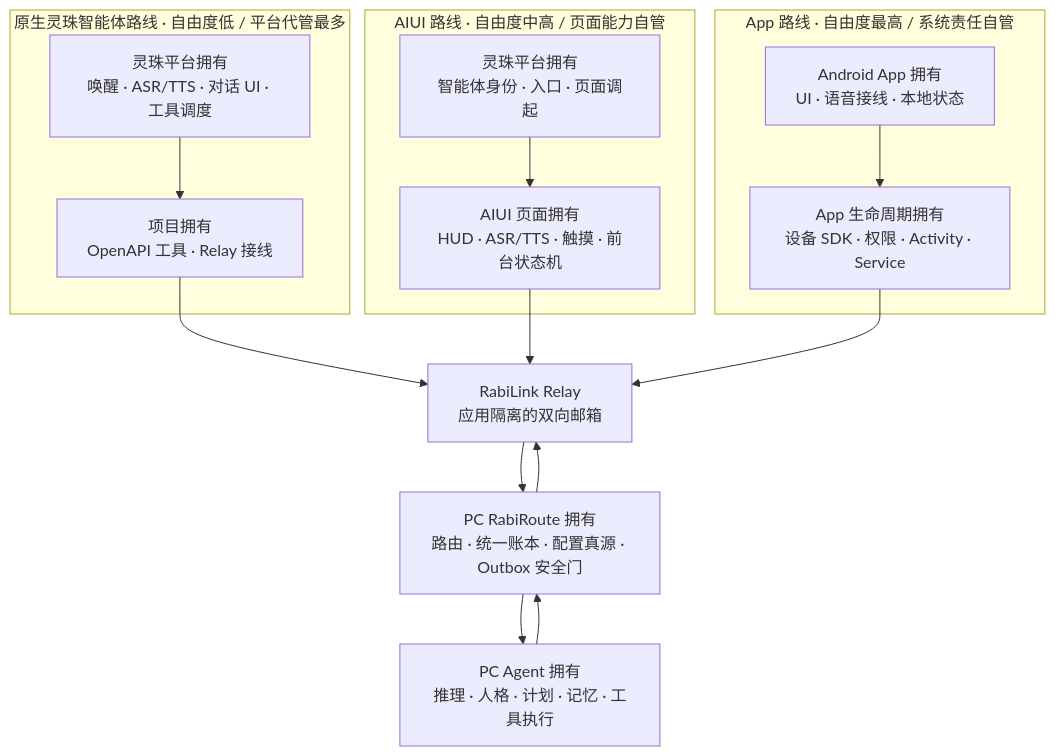
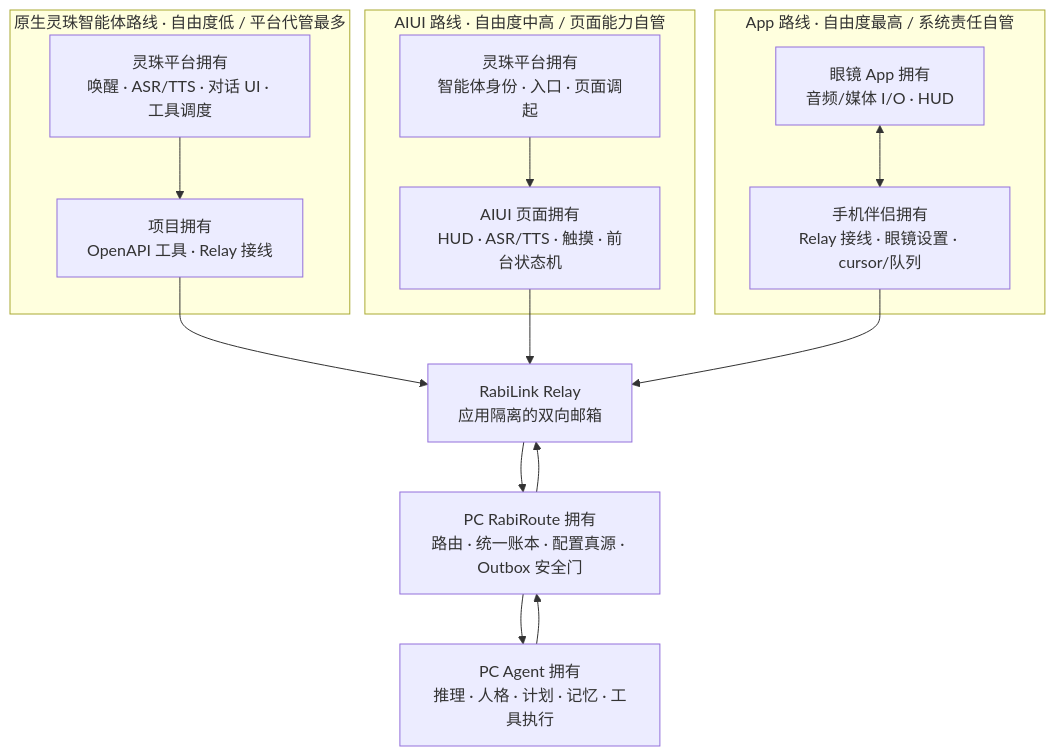
The diagram in docs/rabilink-glasses-route-comparison.md (vb2250158/RabiRoute), drawn with Mermaid before and after one commit. The commit also changed other lines of this file and 91 other files, not shown here.

````diff
--- a/docs/rabilink-glasses-route-comparison.md
+++ b/docs/rabilink-glasses-route-comparison.md
@@ -21,29 +21,29 @@
 ```mermaid
 flowchart TB
     subgraph Native["原生灵珠智能体路线 · 自由度低 / 平台代管最多"]
         N1["灵珠平台拥有<br/>唤醒 · ASR/TTS · 对话 UI · 工具调度"]
         N2["项目拥有<br/>OpenAPI 工具 · Relay 接线"]
         N1 --> N2
     end
 
     subgraph Aiui["AIUI 路线 · 自由度中高 / 页面能力自管"]
         A1["灵珠平台拥有<br/>智能体身份 · 入口 · 页面调起"]
         A2["AIUI 页面拥有<br/>HUD · ASR/TTS · 触摸 · 前台状态机"]
         A1 --> A2
     end
 
     subgraph NativeApp["App 路线 · 自由度最高 / 系统责任自管"]
-        P1["Android App 拥有<br/>UI · 语音接线 · 本地状态"]
-        P2["App 生命周期拥有<br/>设备 SDK · 权限 · Activity · Service"]
-        P1 --> P2
+        P1["眼镜 App 拥有<br/>音频/媒体 I/O · HUD"]
+        P2["手机伴侣拥有<br/>Relay 接线 · 眼镜设置 · cursor/队列"]
+        P1 <--> P2
     end
 
     N2 --> Relay["RabiLink Relay<br/>应用隔离的双向邮箱"]
     A2 --> Relay
     P2 --> Relay
 
     Relay --> Router["PC RabiRoute 拥有<br/>路由 · 统一账本 · 配置真源 · Outbox 安全门"]
     Router --> Agent["PC Agent 拥有<br/>推理 · 人格 · 计划 · 记忆 · 工具执行"]
     Agent --> Router
     Router --> Relay
 ```
````
